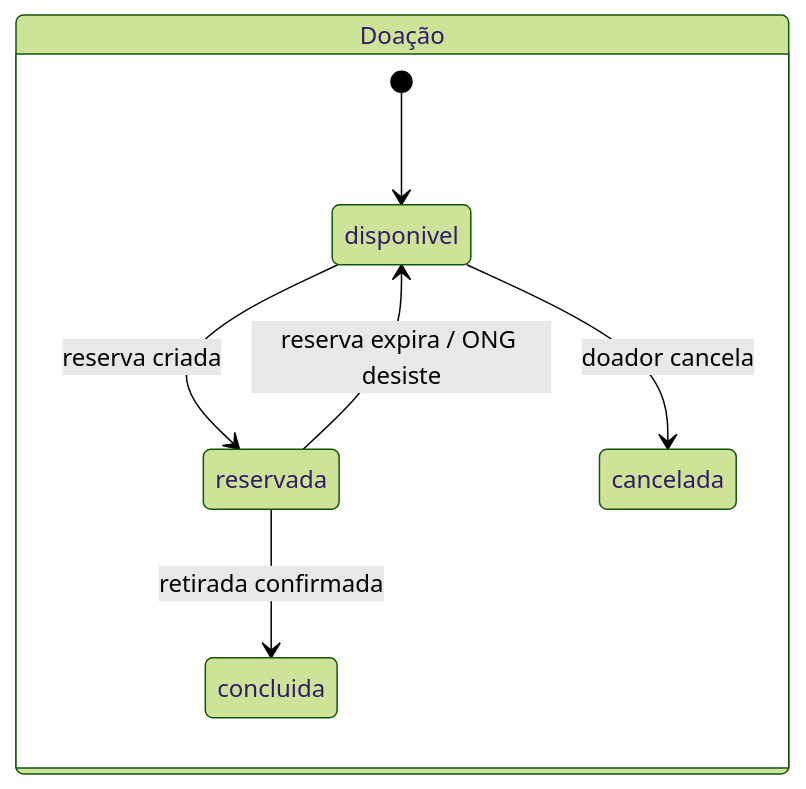
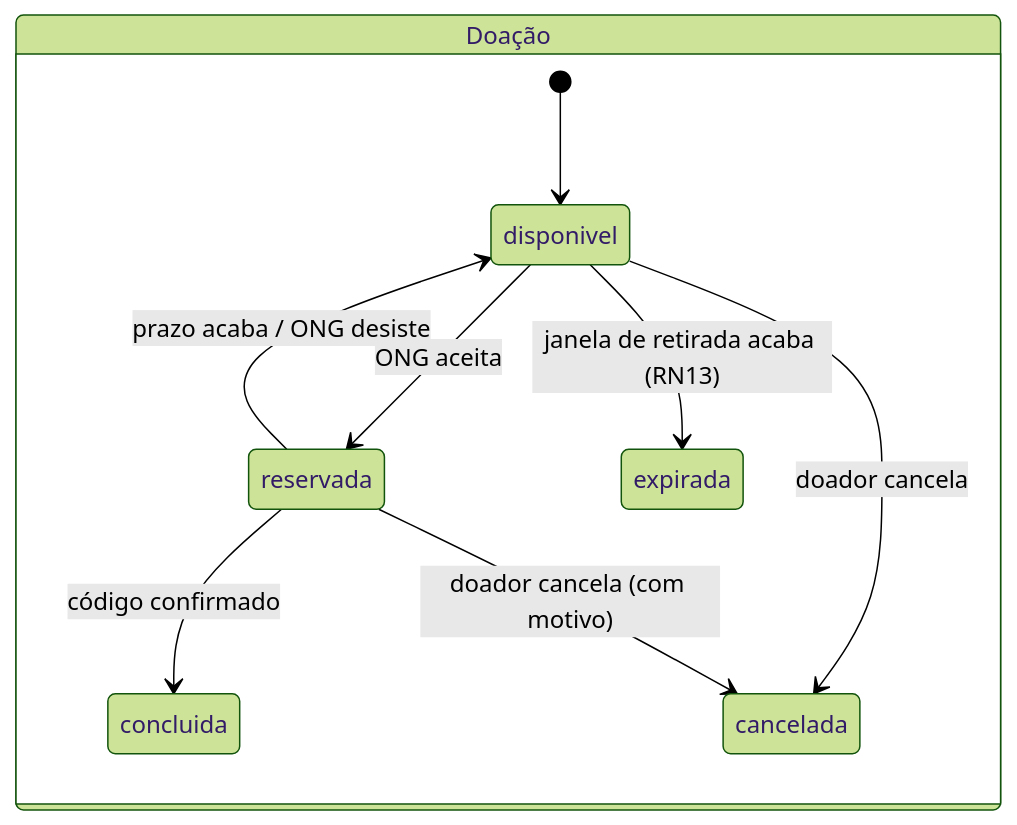
One commit to PedroCarmo01/doacao-alimentos changed the second of 3 diagrams in docs/07-banco-de-dados.md. Above: the diagram before and after it, drawn with Mermaid (forest theme). The commit also changed other lines of this file and 115 other files, not shown here.

````diff
--- a/docs/07-banco-de-dados.md
+++ b/docs/07-banco-de-dados.md
@@ -124,11 +140,13 @@
 ```mermaid
 stateDiagram-v2
     direction LR
     state "Doação" as D {
       [*] --> disponivel
-      disponivel --> reservada: reserva criada
-      reservada --> disponivel: reserva expira / ONG desiste
-      reservada --> concluida: retirada confirmada
+      disponivel --> reservada: ONG aceita
+      reservada --> disponivel: prazo acaba / ONG desiste
+      reservada --> concluida: código confirmado
       disponivel --> cancelada: doador cancela
+      reservada --> cancelada: doador cancela (com motivo)
+      disponivel --> expirada: janela de retirada acaba (RN13)
     }
 ```
````
